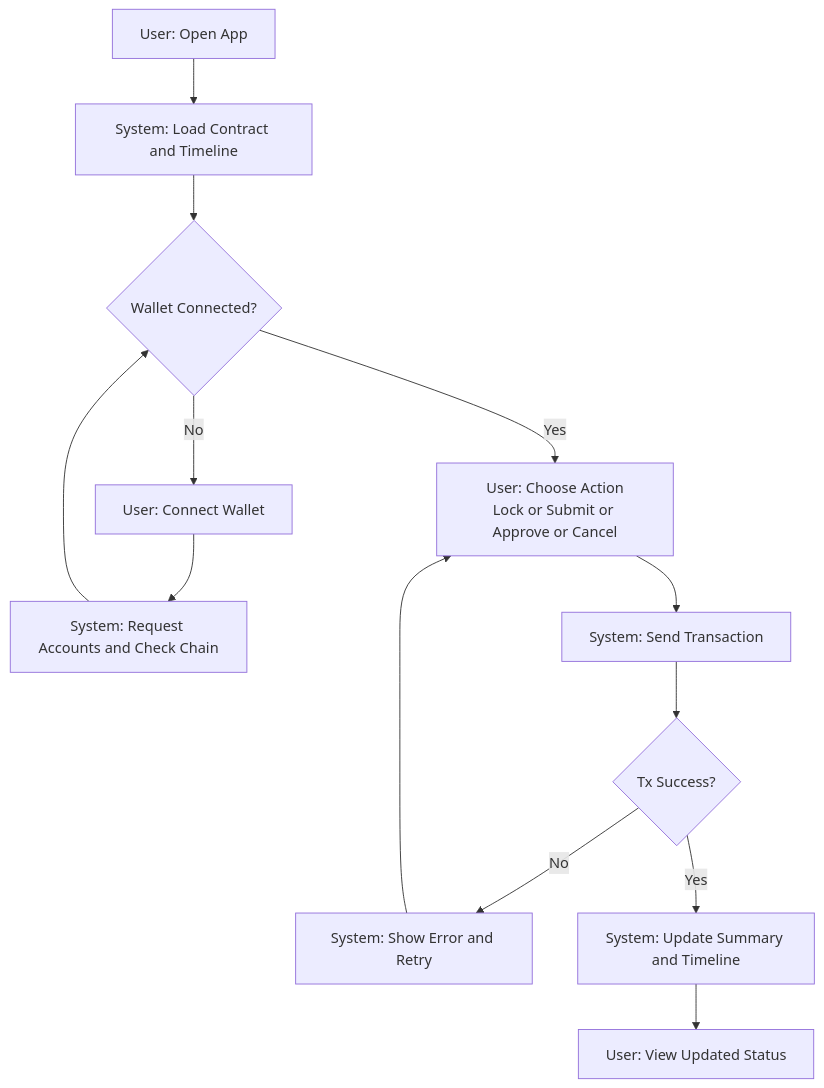
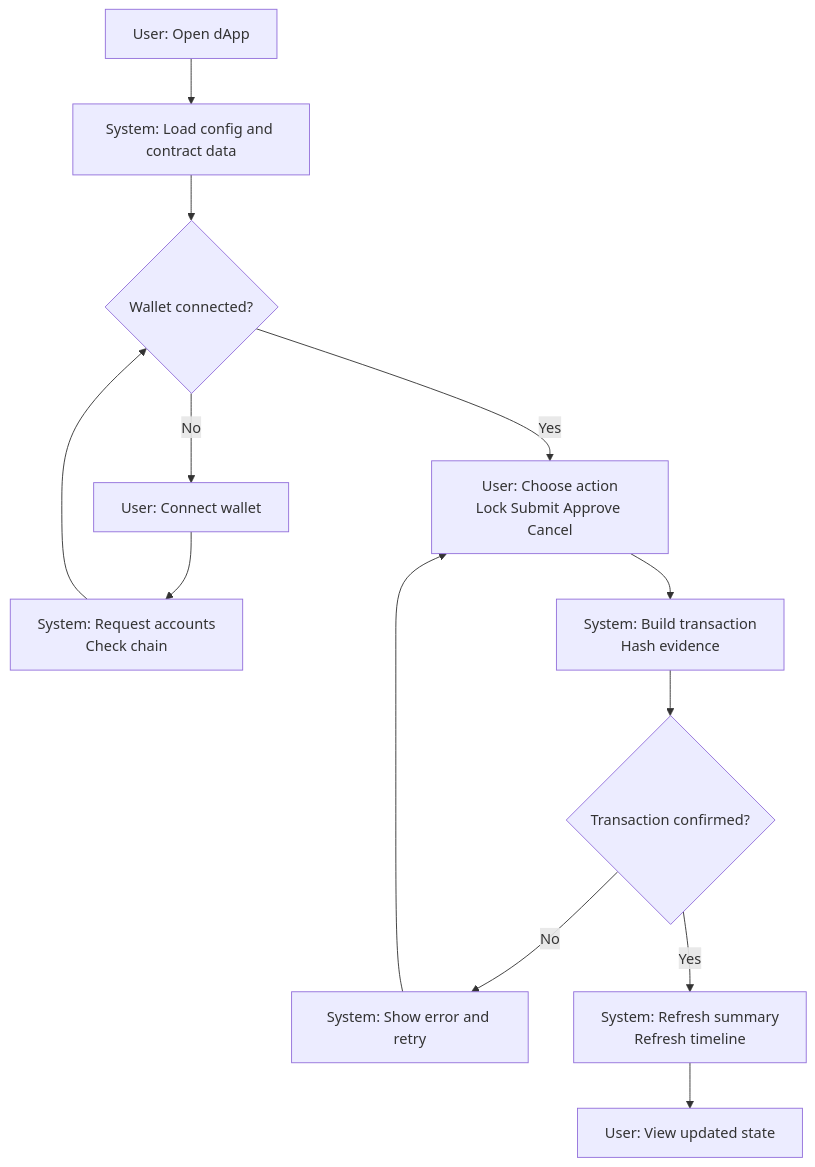
The first of 2 diagrams in README.en.md (usagi917/B2B_payment), drawn with Mermaid before and after one commit. The commit also changed other lines of this file and 12 other files, not shown here.

````diff
--- a/README.en.md
+++ b/README.en.md
@@ -85,15 +81,15 @@
 ```mermaid
 graph TD
-  A[User: Open App] --> B[System: Load Contract and Timeline]
-  B --> C{Wallet Connected?}
-  C -->|No| D[User: Connect Wallet]
-  D --> E[System: Request Accounts and Check Chain]
+  A[User: Open dApp] --> B[System: Load config and contract data]
+  B --> C{Wallet connected?}
+  C -->|No| D[User: Connect wallet]
+  D --> E[System: Request accounts<br/>Check chain]
   E --> C
-  C -->|Yes| F[User: Choose Action<br/>Lock or Submit or Approve or Cancel]
-  F --> G[System: Send Transaction]
-  G --> H{Tx Success?}
-  H -->|No| I[System: Show Error and Retry]
+  C -->|Yes| F[User: Choose action<br/>Lock Submit Approve Cancel]
+  F --> G[System: Build transaction<br/>Hash evidence]
+  G --> H{Transaction confirmed?}
+  H -->|No| I[System: Show error and retry]
   I --> F
-  H -->|Yes| J[System: Update Summary and Timeline]
-  J --> K[User: View Updated Status]
+  H -->|Yes| J[System: Refresh summary<br/>Refresh timeline]
+  J --> K[User: View updated state]
 ```
````
